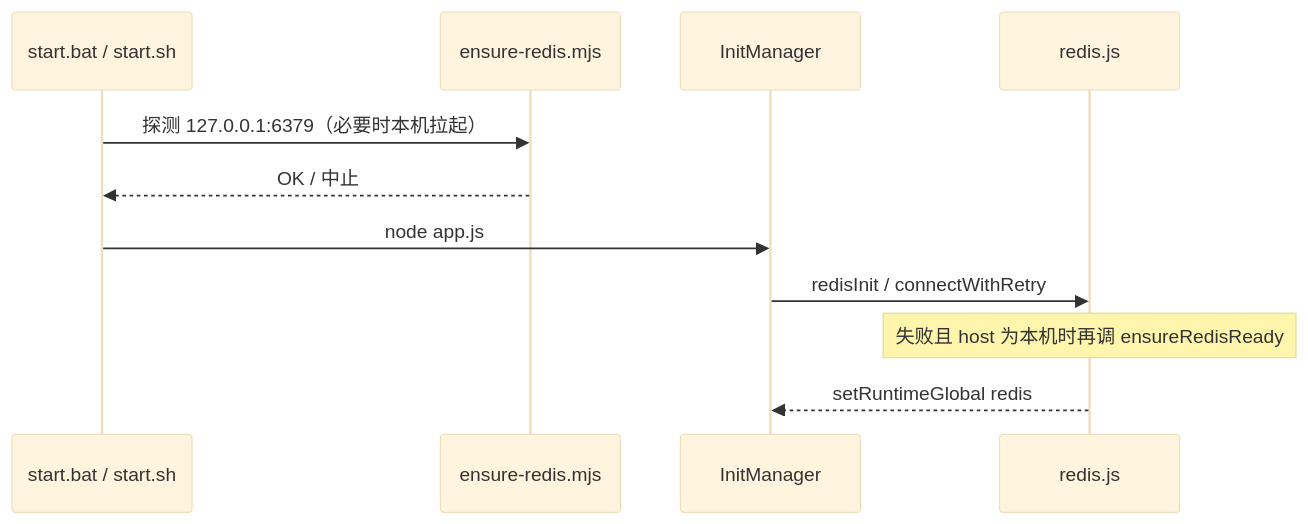
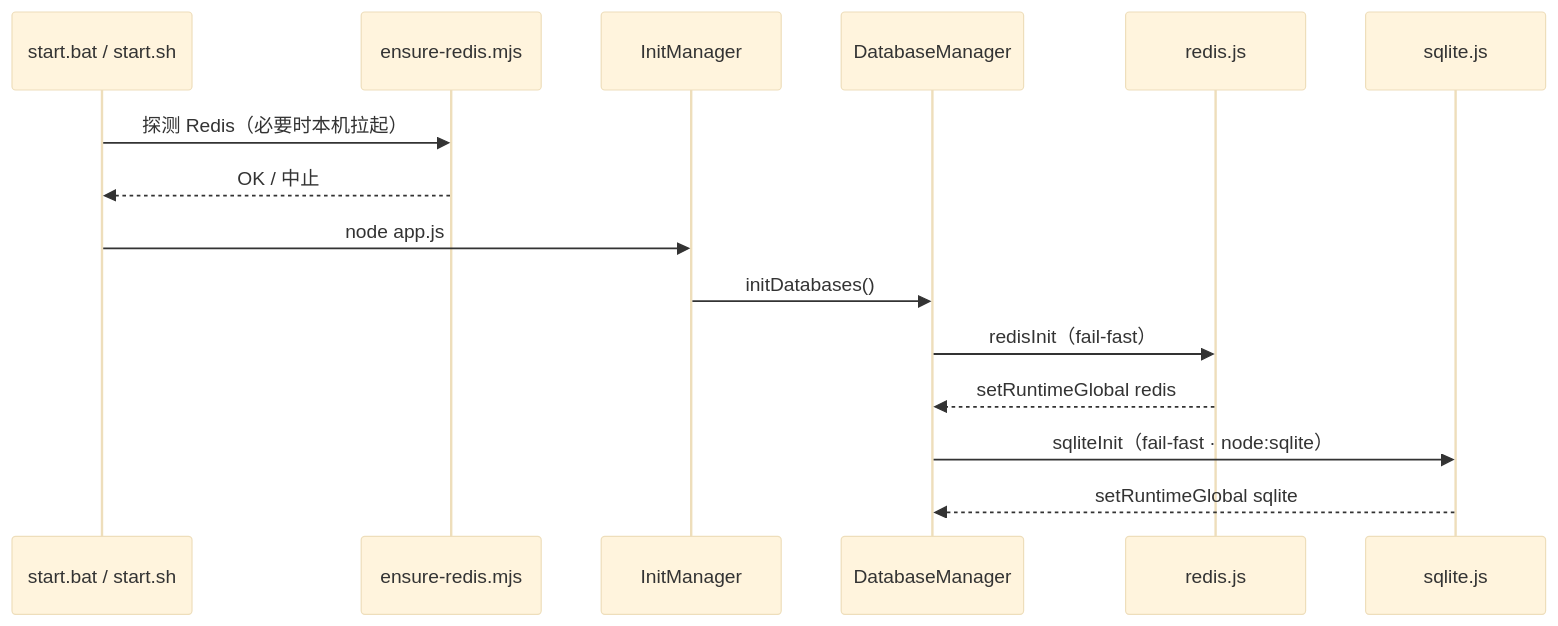
Before and after one commit to sunflowermm/XRK-AGT: the diagram in docs/database.md, drawn with Mermaid (base theme). The commit also changed other lines of this file and 40 other files, not shown here.

````diff
--- a/docs/database.md
+++ b/docs/database.md
@@ -33,14 +42,18 @@
 ```mermaid
 sequenceDiagram
     participant Start as start.bat / start.sh
     participant Ensure as ensure-redis.mjs
     participant IM as InitManager
+    participant DM as DatabaseManager
     participant R as redis.js
+    participant S as sqlite.js
 
-    Start->>Ensure: 探测 127.0.0.1:6379（必要时本机拉起）
+    Start->>Ensure: 探测 Redis（必要时本机拉起）
     Ensure-->>Start: OK / 中止
     Start->>IM: node app.js
-    IM->>R: redisInit / connectWithRetry
-    Note over R: 失败且 host 为本机时再调 ensureRedisReady
-    R-->>IM: setRuntimeGlobal redis
+    IM->>DM: initDatabases()
+    DM->>R: redisInit（fail-fast）
+    R-->>DM: setRuntimeGlobal redis
+    DM->>S: sqliteInit（fail-fast · node:sqlite）
+    S-->>DM: setRuntimeGlobal sqlite
 ```
````
